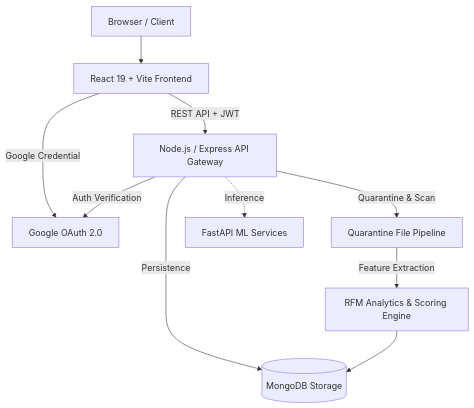
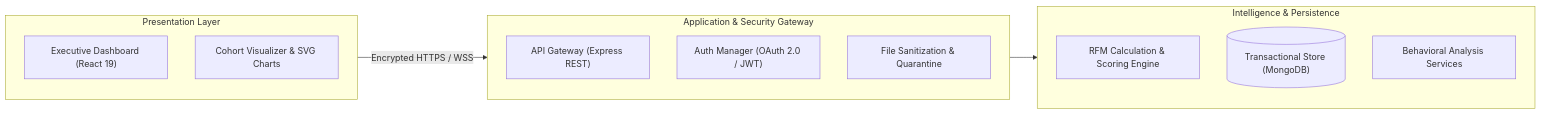
The first of 2 diagrams in README.md (forakshatkumar/The-Patron-Index), drawn with Mermaid before and after one commit. The commit also changed other lines of this file, not shown here.

````diff
--- a/README.md
+++ b/README.md
@@ -11,12 +11,22 @@
 ```mermaid
-flowchart TD
-    Client["Browser / Client"] --> WebApp["React 19 + Vite Frontend"]
-    WebApp -->|REST API + JWT| API["Node.js / Express API Gateway"]
-    WebApp -->|Google Credential| GAuth["Google OAuth 2.0"]
-    API -->|Auth Verification| GAuth
-    API -->|Persistence| DB[("MongoDB Storage")]
-    API -->|Quarantine & Scan| Storage["Quarantine File Pipeline"]
-    Storage -->|Feature Extraction| RFM["RFM Analytics & Scoring Engine"]
-    RFM --> DB
-    API -.->|Inference| ML["FastAPI ML Services"]
+flowchart LR
+    subgraph ClientLayer["Presentation Layer"]
+        Dashboard["Executive Dashboard (React 19)"]
+        Analytics["Cohort Visualizer & SVG Charts"]
+    end
+
+    subgraph ServiceLayer["Application & Security Gateway"]
+        Gateway["API Gateway (Express REST)"]
+        AuthService["Auth Manager (OAuth 2.0 / JWT)"]
+        Quarantine["File Sanitization & Quarantine"]
+    end
+
+    subgraph EngineLayer["Intelligence & Persistence"]
+        RFMEngine["RFM Calculation & Scoring Engine"]
+        Database[("Transactional Store (MongoDB)")]
+        MLService["Behavioral Analysis Services"]
+    end
+
+    ClientLayer -->|Encrypted HTTPS / WSS| ServiceLayer
+    ServiceLayer --> EngineLayer
 ```
````
